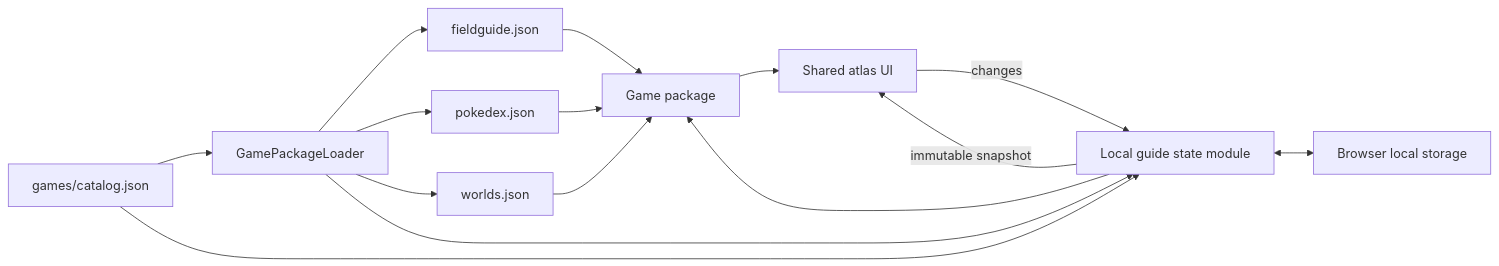
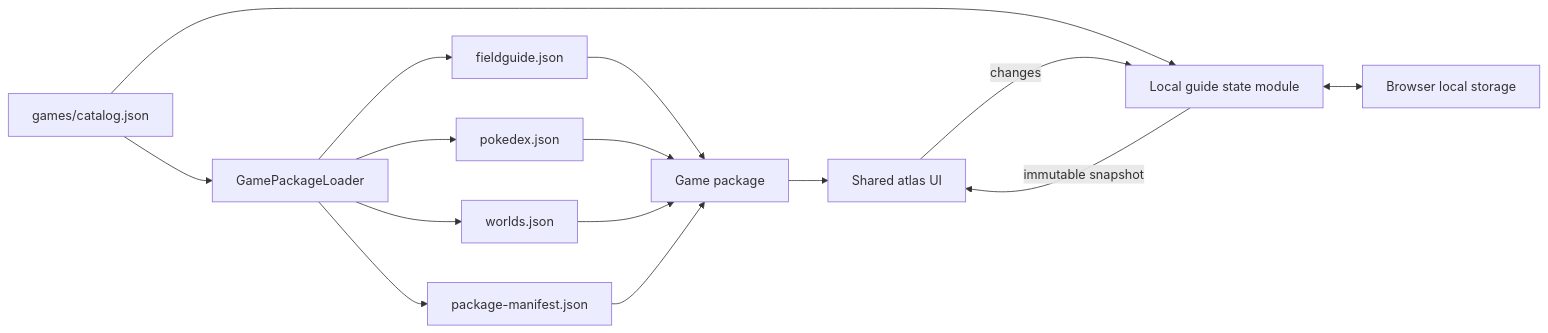
Before and after one commit to trowgundam/pokemon_field_guide: the diagram in docs/architecture.md, drawn with Mermaid. The commit also changed other lines of this file and 9 other files, not shown here.

````diff
--- a/docs/architecture.md
+++ b/docs/architecture.md
@@ -11,17 +11,17 @@
 ```mermaid
 flowchart LR
     C[games/catalog.json] --> L[GamePackageLoader]
     L --> D[fieldguide.json]
     L --> P[pokedex.json]
     L --> W[worlds.json]
-    L --> M[package-manifest.json]
+    L --> PM[package-manifest.json]
     D --> G[Game package]
     P --> G
     W --> G
-    M --> G
+    PM --> G
     G --> U[Shared atlas UI]
-    C --> M[Local guide state module]
-    U -->|changes| M
-    M -->|immutable snapshot| U
-    M <--> S[Browser local storage]
+    C --> LS[Local guide state module]
+    U -->|changes| LS
+    LS -->|immutable snapshot| U
+    LS <--> S[Browser local storage]
 ```
````
